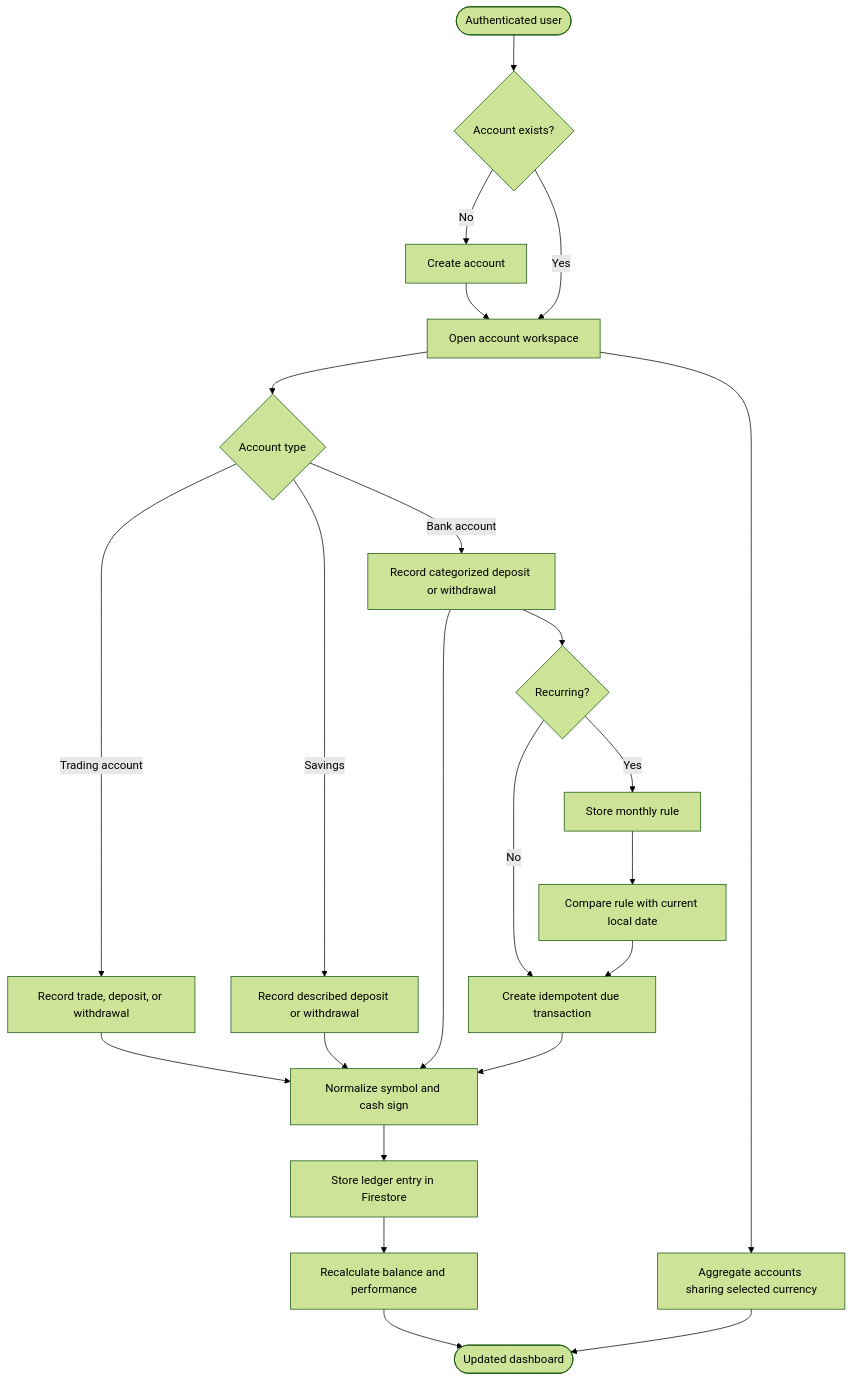
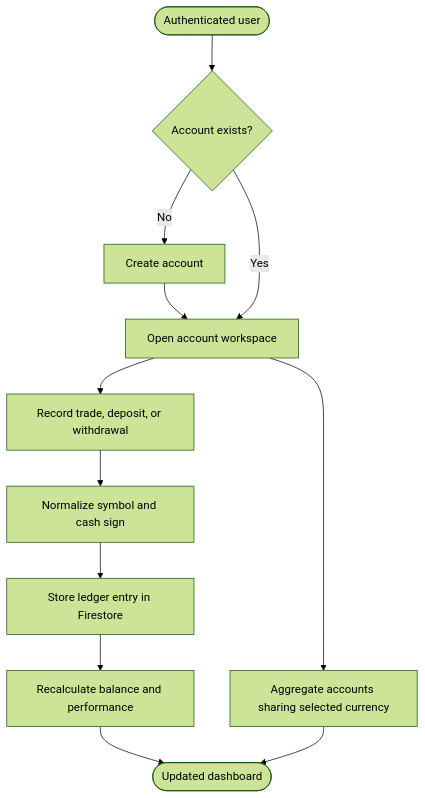
One commit to mocaales/macroverse changed the fifth of 8 diagrams in docs/architecture.md. Above: the diagram before and after it, drawn with Mermaid (forest theme). The commit also changed other lines of this file and 55 other files, not shown here.

````diff
--- a/docs/architecture.md
+++ b/docs/architecture.md
@@ -147,25 +147,14 @@
 ```mermaid
 flowchart TD
     Start([Authenticated user]) --> Select{Account exists?}
     Select -- No --> Create[Create account]
     Create --> Workspace
     Select -- Yes --> Workspace[Open account workspace]
-    Workspace --> Type{Account type}
-    Type -- Trading account --> Trading[Record trade, deposit, or withdrawal]
-    Type -- Savings --> Savings[Record described deposit or withdrawal]
-    Type -- Bank account --> Bank[Record categorized deposit or withdrawal]
-    Bank --> Schedule{Recurring?}
-    Schedule -- Yes --> Rule[Store monthly rule]
-    Schedule -- No --> Entry
-    Rule --> Reconcile[Compare rule with current local date]
-    Reconcile --> Entry[Create idempotent due transaction]
+    Workspace --> Trading[Record trade, deposit, or withdrawal]
     Trading --> Normalize[Normalize symbol and cash sign]
-    Savings --> Normalize
-    Bank --> Normalize
-    Entry --> Normalize
     Normalize --> StoreTrade[Store ledger entry in Firestore]
     StoreTrade --> Analytics[Recalculate balance and performance]
     Workspace --> Aggregate[Aggregate accounts sharing selected currency]
     Analytics --> End([Updated dashboard])
     Aggregate --> End
 ```
````
